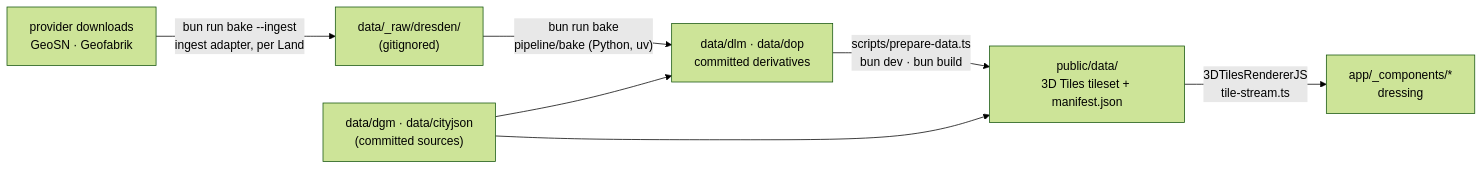
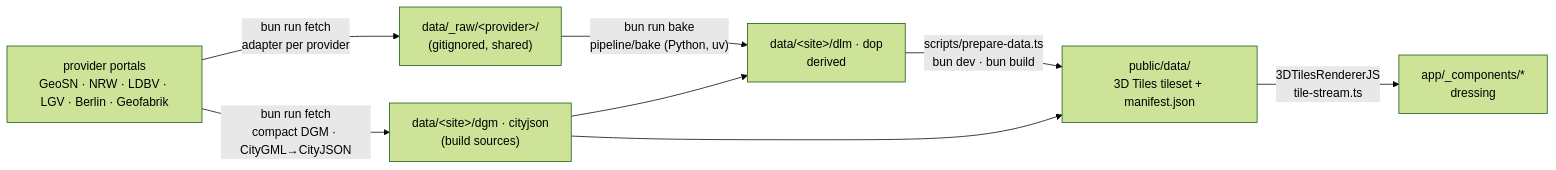
One commit to mdugue/bridge changed the diagram in docs/data-pipeline.md. Above: the diagram before and after it, drawn with Mermaid (forest theme). The commit also changed other lines of this file and 19 other files, not shown here.

First line of the commit message:
docs: sites, providers and the fetch → bake → build flow (ADR 0028, plan 023)

````diff
--- a/docs/data-pipeline.md
+++ b/docs/data-pipeline.md
@@ -9,9 +9,10 @@
 ```mermaid
 flowchart LR
-  PROV["provider downloads<br/>GeoSN · Geofabrik"] -->|"bun run bake --ingest<br/>ingest adapter, per Land"| RAW["data/_raw/dresden/<br/>(gitignored)"]
-  RAW -->|"bun run bake<br/>pipeline/bake (Python, uv)"| DER["data/dlm · data/dop<br/>committed derivatives"]
-  COM["data/dgm · data/cityjson<br/>(committed sources)"] --> DER
+  PROV["provider portals<br/>GeoSN · NRW · LDBV · LGV · Berlin · Geofabrik"] -->|"bun run fetch<br/>adapter per provider"| RAW["data/_raw/&lt;provider&gt;/<br/>(gitignored, shared)"]
+  PROV -->|"bun run fetch<br/>compact DGM · CityGML→CityJSON"| COM["data/&lt;site&gt;/dgm · cityjson<br/>(build sources)"]
+  RAW -->|"bun run bake<br/>pipeline/bake (Python, uv)"| DER["data/&lt;site&gt;/dlm · dop<br/>derived"]
+  COM --> DER
   COM --> PUB
   DER -->|"scripts/prepare-data.ts<br/>bun dev · bun build"| PUB["public/data/<br/>3D Tiles tileset + manifest.json"]
   PUB -->|"3DTilesRendererJS<br/>tile-stream.ts"| APP["app/_components/*<br/>dressing"]
 ```
````
